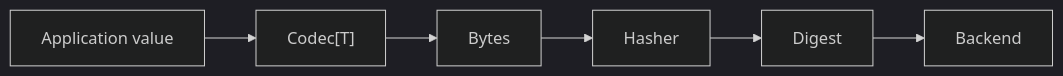
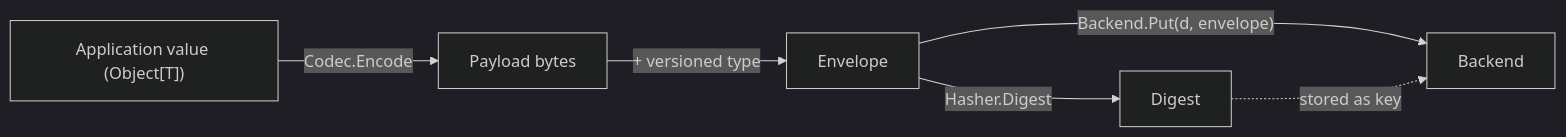
Before and after one commit to dmundt/go-cask: the diagram in website/architecture.md, drawn with Mermaid (dark theme). The commit also changed other lines of this file and 20 other files, not shown here.

````diff
--- a/website/architecture.md
+++ b/website/architecture.md
@@ -26,8 +60,8 @@
 ```mermaid
 flowchart LR
-    A["Application value"] --> B["Codec[T]"]
-    B --> C["Bytes"]
-    C --> D["Hasher"]
-    D --> E["Digest"]
-    E --> F["Backend"]
+    V["Application value (Object[T])"] -->|"Codec.Encode"| P["Payload bytes"]
+    P -->|"+ versioned type"| E["Envelope"]
+    E -->|"Hasher.Digest"| D["Digest"]
+    E -->|"Backend.Put(d, envelope)"| B["Backend"]
+    D -.->|"stored as key"| B
 ```
````
